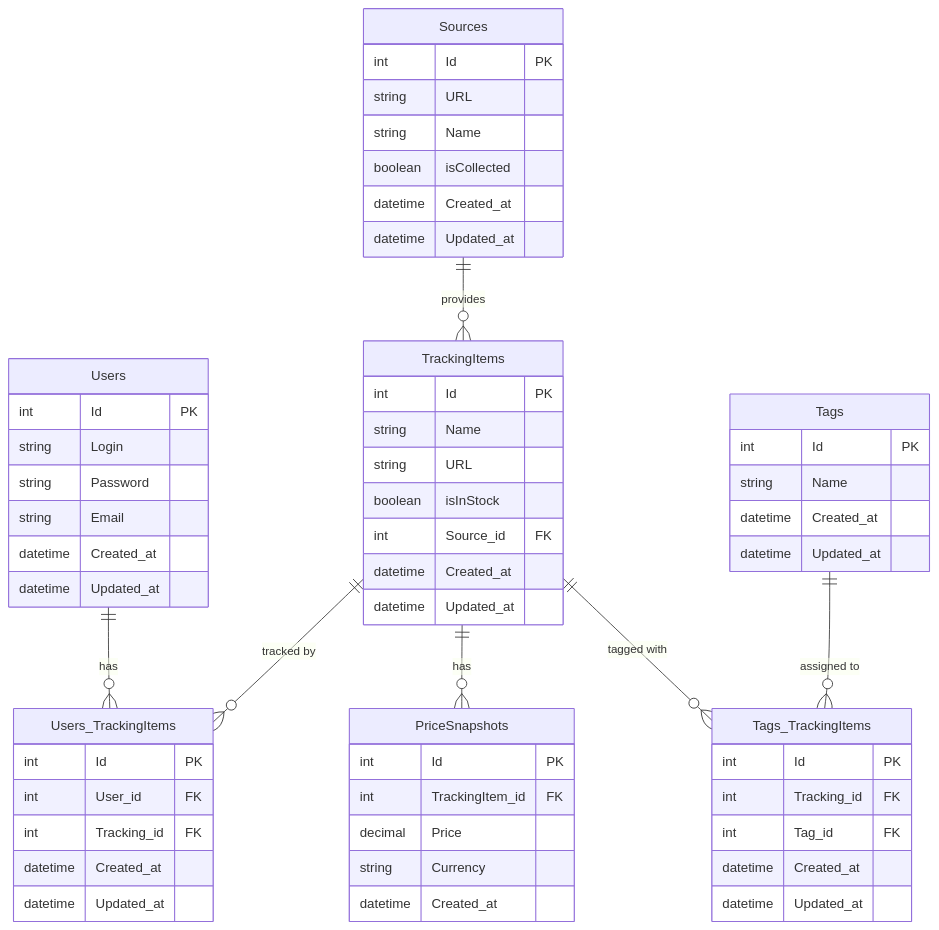
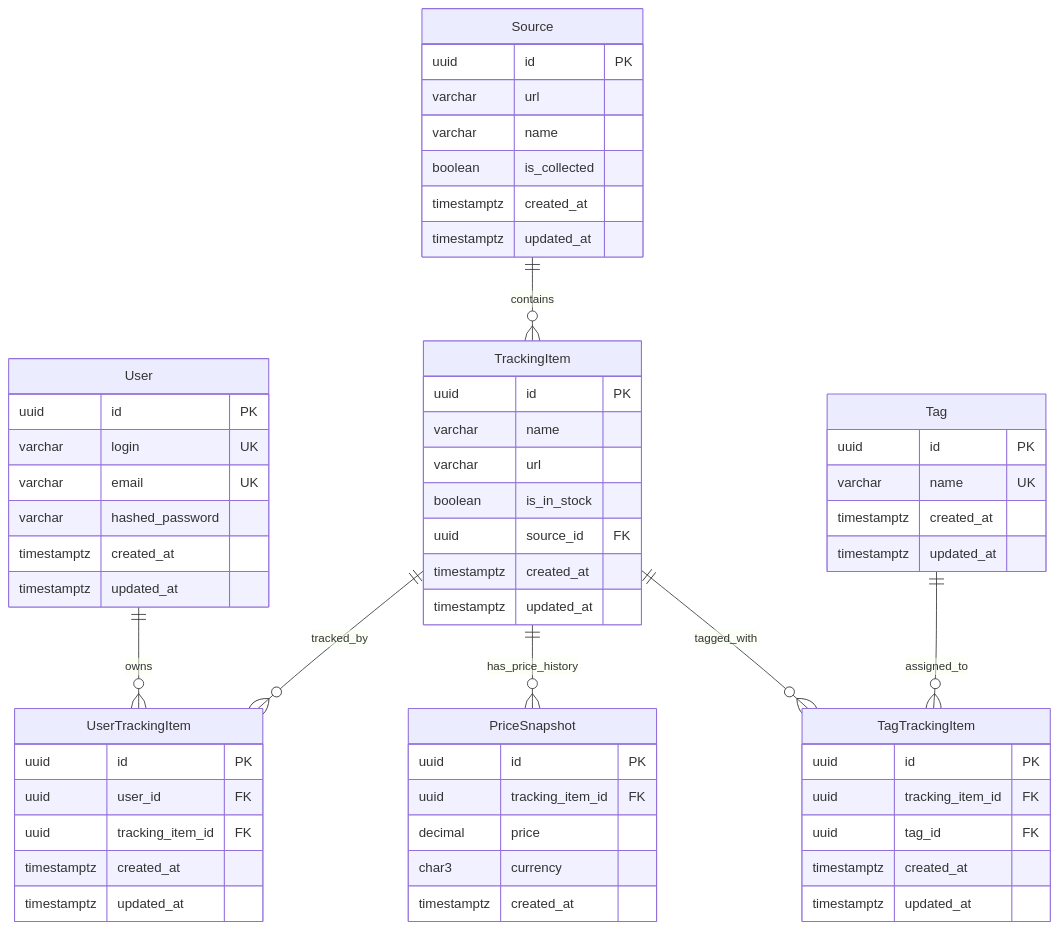
Before and after one commit to SpyPrice/SpyPrice: the diagram in docs/7. Technical Documentation/Database.md, drawn with Mermaid. The commit also changed other lines of this file, not shown here.

````diff
--- a/docs/7. Technical Documentation/Database.md
+++ b/docs/7. Technical Documentation/Database.md
@@ -84,68 +136,68 @@
 ```mermaid
 erDiagram
-    Users {
-        int Id PK
-        string Login
-        string Password
-        string Email
-        datetime Created_at
-        datetime Updated_at
+    User {
+        uuid id PK
+        varchar login UK
+        varchar email UK
+        varchar hashed_password
+        timestamptz created_at
+        timestamptz updated_at
     }
 
-    TrackingItems {
-        int Id PK
-        string Name
-        string URL
-        boolean isInStock
-        int Source_id FK
-        datetime Created_at
-        datetime Updated_at
+    Source {
+        uuid id PK
+        varchar url
+        varchar name
+        boolean is_collected
+        timestamptz created_at
+        timestamptz updated_at
     }
 
-    Sources {
-        int Id PK
-        string URL
-        string Name
-        boolean isCollected
-        datetime Created_at
-        datetime Updated_at
+    TrackingItem {
+        uuid id PK
+        varchar name
+        varchar url
+        boolean is_in_stock
+        uuid source_id FK
+        timestamptz created_at
+        timestamptz updated_at
     }
 
-    PriceSnapshots {
-        int Id PK
-        int TrackingItem_id FK
-        decimal Price
-        string Currency
-        datetime Created_at
+    PriceSnapshot {
+        uuid id PK
+        uuid tracking_item_id FK
+        decimal price
+        char3 currency
+        timestamptz created_at
     }
 
-    Tags {
-        int Id PK
-        string Name
-        datetime Created_at
-        datetime Updated_at
+    Tag {
+        uuid id PK
+        varchar name UK
+        timestamptz created_at
+        timestamptz updated_at
     }
 
-    Tags_TrackingItems {
-        int Id PK
-        int Tracking_id FK
-        int Tag_id FK
-        datetime Created_at
-        datetime Updated_at
+    UserTrackingItem {
+        uuid id PK
+        uuid user_id FK
+        uuid tracking_item_id FK
+        timestamptz created_at
+        timestamptz updated_at
     }
 
-    Users_TrackingItems {
-        int Id PK
-        int User_id FK
-        int Tracking_id FK
-        datetime Created_at
-        datetime Updated_at
+    TagTrackingItem {
+        uuid id PK
+        uuid tracking_item_id FK
+        uuid tag_id FK
+        timestamptz created_at
+        timestamptz updated_at
     }
 
-    Users ||--o{ Users_TrackingItems : "has"
-    TrackingItems ||--o{ Users_TrackingItems : "tracked by"
-    TrackingItems ||--o{ PriceSnapshots : "has"
-    Sources ||--o{ TrackingItems : "provides"
-    TrackingItems ||--o{ Tags_TrackingItems : "tagged with"
-    Tags ||--o{ Tags_TrackingItems : "assigned to"
+    User ||--o{ UserTrackingItem : "owns"
+    TrackingItem ||--o{ UserTrackingItem : "tracked_by"
+    Source ||--o{ TrackingItem : "contains"
+    TrackingItem ||--o{ PriceSnapshot : "has_price_history"
+    TrackingItem ||--o{ TagTrackingItem : "tagged_with"
+    Tag ||--o{ TagTrackingItem : "assigned_to"
 ```
````
